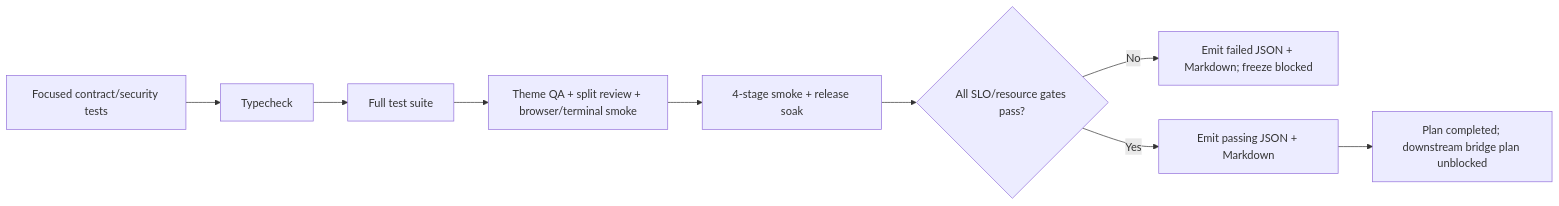
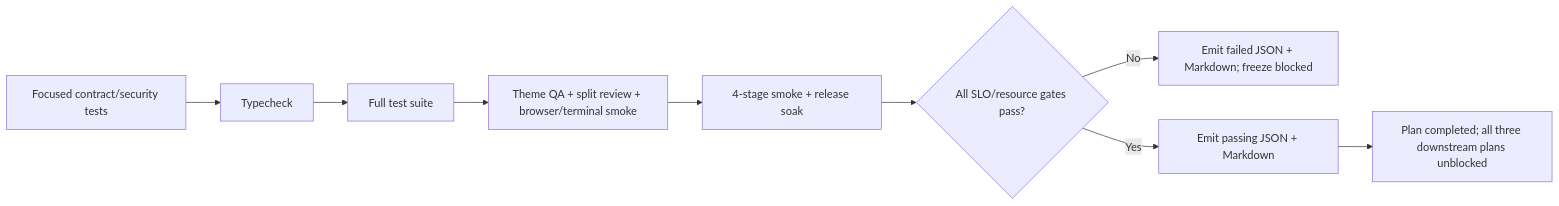
One commit to Devs2-Stores/AntiFan changed the diagram in plans/260901-1011-antifan-core-runtime-freeze/phase-05-production-freeze-verification.md. Above: the diagram before and after it, drawn with Mermaid. The commit also changed other lines of this file and 20 other files, not shown here.

Commit message:
fix(mcp): wire artifact sink, relax cursor schema, and harden playwright parity

````diff
--- a/plans/260901-1011-antifan-core-runtime-freeze/phase-05-production-freeze-verification.md
+++ b/plans/260901-1011-antifan-core-runtime-freeze/phase-05-production-freeze-verification.md
@@ -75,11 +80,11 @@
 ```mermaid
 flowchart LR
     Focused[Focused contract/security tests] --> Typecheck[Typecheck]
     Typecheck --> Full[Full test suite]
     Full --> Live[Theme QA + split review + browser/terminal smoke]
     Live --> Soak[4-stage smoke + release soak]
     Soak --> Metrics{All SLO/resource gates pass?}
     Metrics -->|No| FailReport[Emit failed JSON + Markdown; freeze blocked]
     Metrics -->|Yes| PassReport[Emit passing JSON + Markdown]
-    PassReport --> Freeze[Plan completed; downstream bridge plan unblocked]
+    PassReport --> Freeze[Plan completed; all three downstream plans unblocked]
 ```
````
